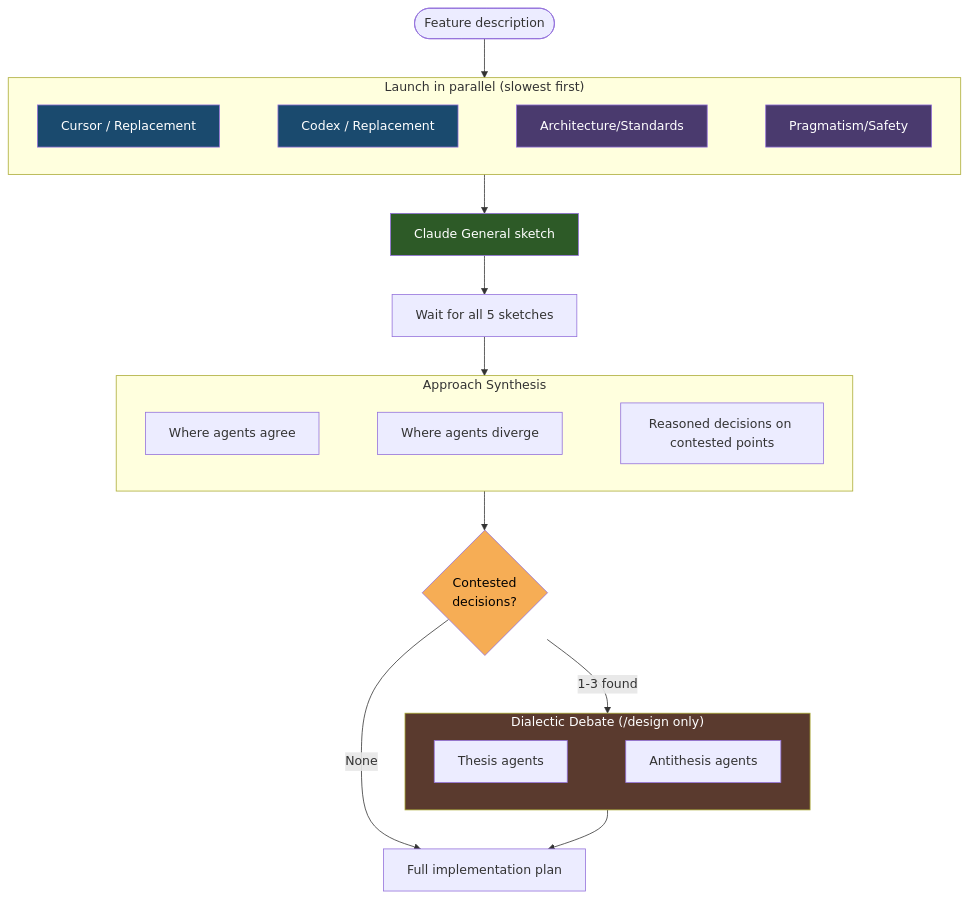
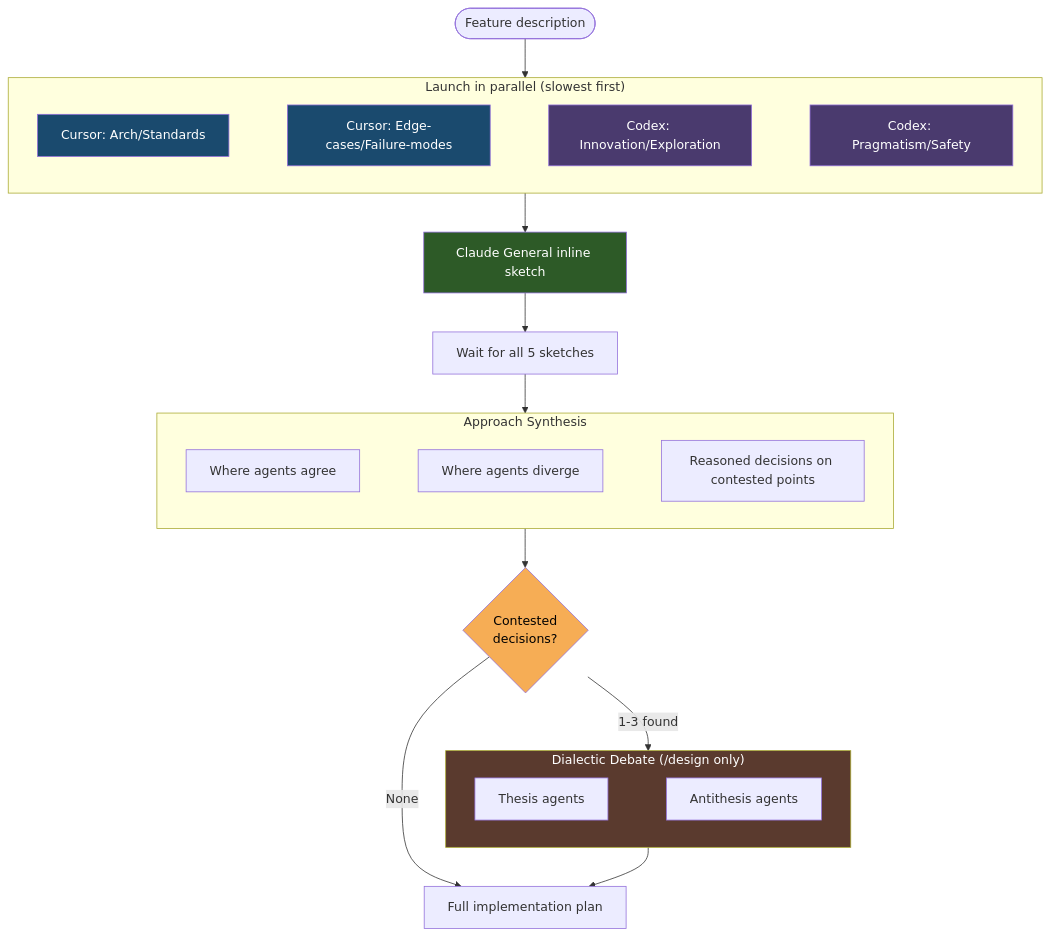
One commit to zhupanov/larch changed the diagram in docs/collaborative-sketches.md. Above: the diagram before and after it, drawn with Mermaid. The commit also changed other lines of this file and 19 other files, not shown here.

````diff
--- a/docs/collaborative-sketches.md
+++ b/docs/collaborative-sketches.md
@@ -49,39 +42,39 @@
 ```mermaid
 flowchart TD
     START([Feature description]) --> LAUNCH
 
     subgraph LAUNCH["Launch in parallel (slowest first)"]
         direction LR
-        CURSOR[Cursor / Replacement] ~~~ CODEX[Codex / Replacement]
-        CODEX ~~~ ARCH_STD[Architecture/Standards]
-        ARCH_STD ~~~ PRAG[Pragmatism/Safety]
+        CURSOR1[Cursor: Arch/Standards] ~~~ CURSOR2[Cursor: Edge-cases/Failure-modes]
+        CURSOR2 ~~~ CODEX1[Codex: Innovation/Exploration]
+        CODEX1 ~~~ CODEX2[Codex: Pragmatism/Safety]
     end
 
-    LAUNCH --> GENERAL[Claude General sketch]
+    LAUNCH --> GENERAL[Claude General inline sketch]
     GENERAL --> WAIT[Wait for all 5 sketches]
     WAIT --> SYNTHESIS[Synthesis]
 
     subgraph SYNTHESIS["Approach Synthesis"]
         AGREE[Where agents agree] ~~~ DIVERGE[Where agents diverge]
         DIVERGE ~~~ DECISION[Reasoned decisions on contested points]
     end
 
     SYNTHESIS --> CHECK{Contested\ndecisions?}
     CHECK -->|None| PLAN[Full implementation plan]
     CHECK -->|1-3 found| DIALECTIC
 
     subgraph DIALECTIC["Dialectic Debate (/design only)"]
         direction LR
         THESIS[Thesis agents] ~~~ ANTITHESIS[Antithesis agents]
     end
 
     DIALECTIC --> PLAN
 
-    style CURSOR fill:#1a4a6e,color:#fff
-    style CODEX fill:#1a4a6e,color:#fff
-    style ARCH_STD fill:#4a3a6e,color:#fff
-    style PRAG fill:#4a3a6e,color:#fff
+    style CURSOR1 fill:#1a4a6e,color:#fff
+    style CURSOR2 fill:#1a4a6e,color:#fff
+    style CODEX1 fill:#4a3a6e,color:#fff
+    style CODEX2 fill:#4a3a6e,color:#fff
     style GENERAL fill:#2d5a27,color:#fff
     style DIALECTIC fill:#5a3a2e,color:#fff
     style CHECK fill:#f6ad55,color:#000
 ```
````
